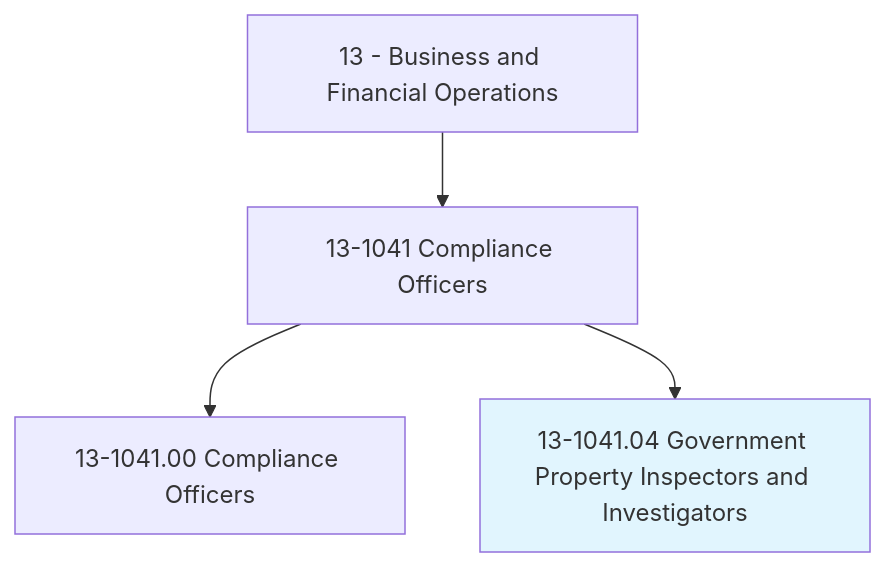
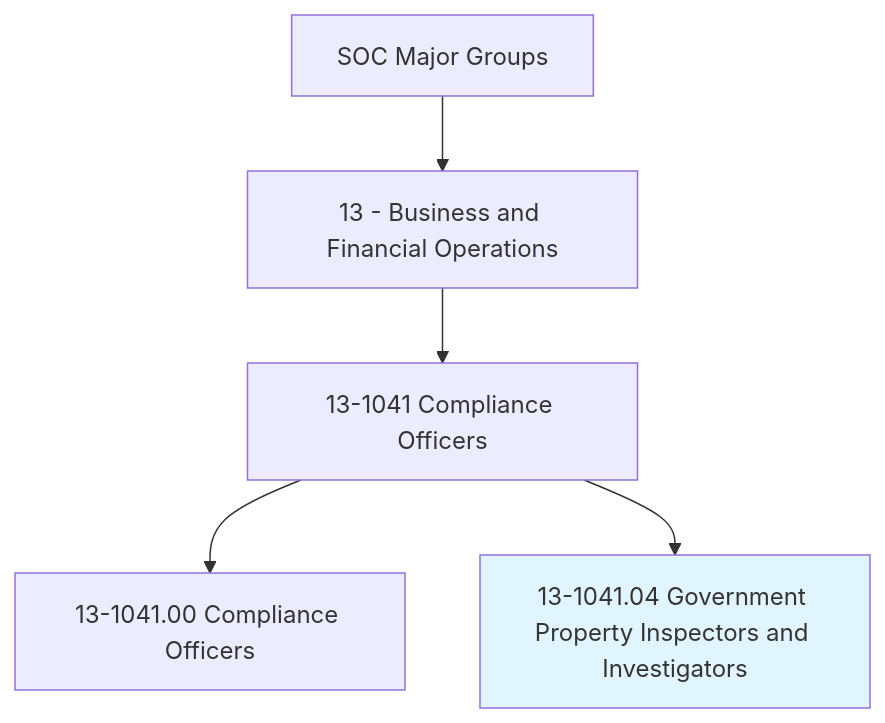
One commit to kziemski/business.org.ai changed the first of 4 diagrams in occupations/Business/GovernmentPropertyInspectorsAndInvestigators.mdx. Above: the diagram before and after it, drawn with Mermaid. The commit also changed other lines of this file and 938 other files, not shown here.

````diff
--- a/occupations/Business/GovernmentPropertyInspectorsAndInvestigators.mdx
+++ b/occupations/Business/GovernmentPropertyInspectorsAndInvestigators.mdx
@@ -19,7 +25,8 @@
 ```mermaid
 graph TD
-    Cat13["13 - Business and Financial Operations"] --> Group131041["13-1041 Compliance Officers"]
-    Group131041 --> Base["13-1041.00 Compliance Officers"]
-    Group131041 --> Current["13-1041.04 Government Property Inspectors and Investigators"]
+    SOC["SOC Major Groups"] --> Cat13["13 - Business and Financial Operations"]
+    Cat13 --> G131041["13-1041 Compliance Officers"]
+    G131041 --> Base["13-1041.00 Compliance Officers"]
+    G131041 --> Current["13-1041.04 Government Property Inspectors and Investigators"]
     style Current fill:#e1f5fe
 ```
````
